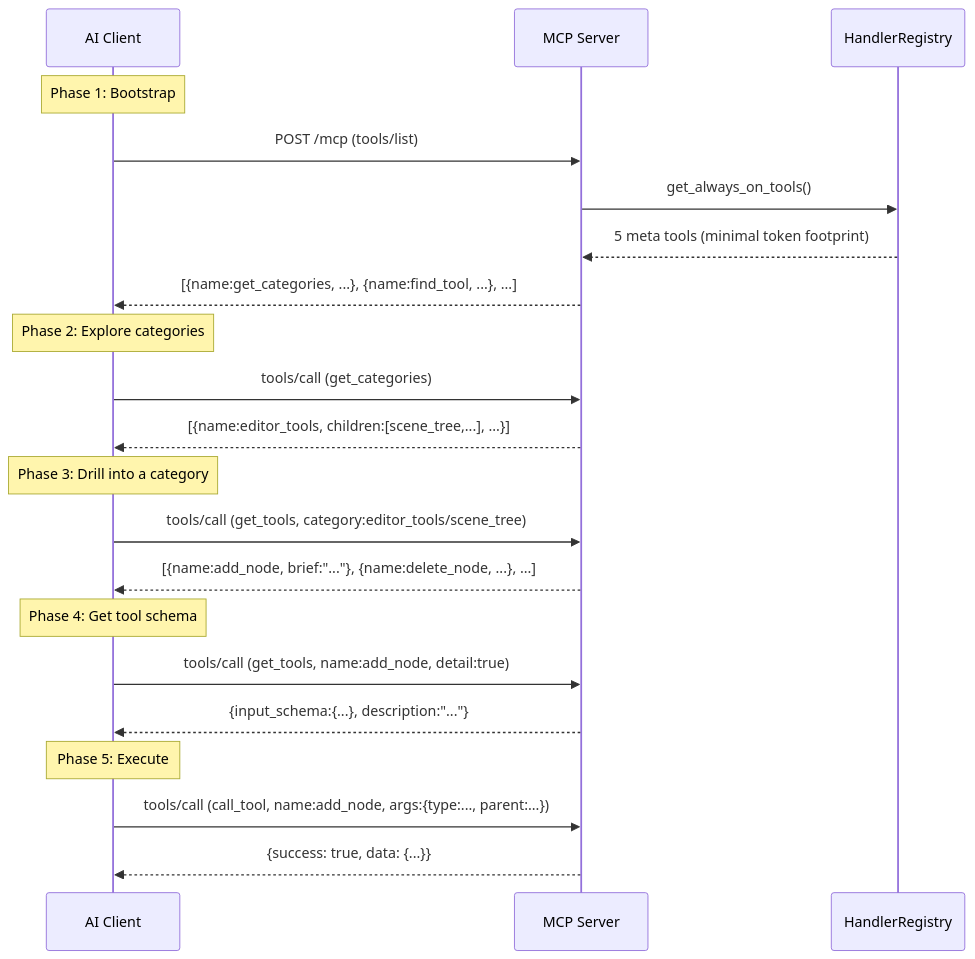
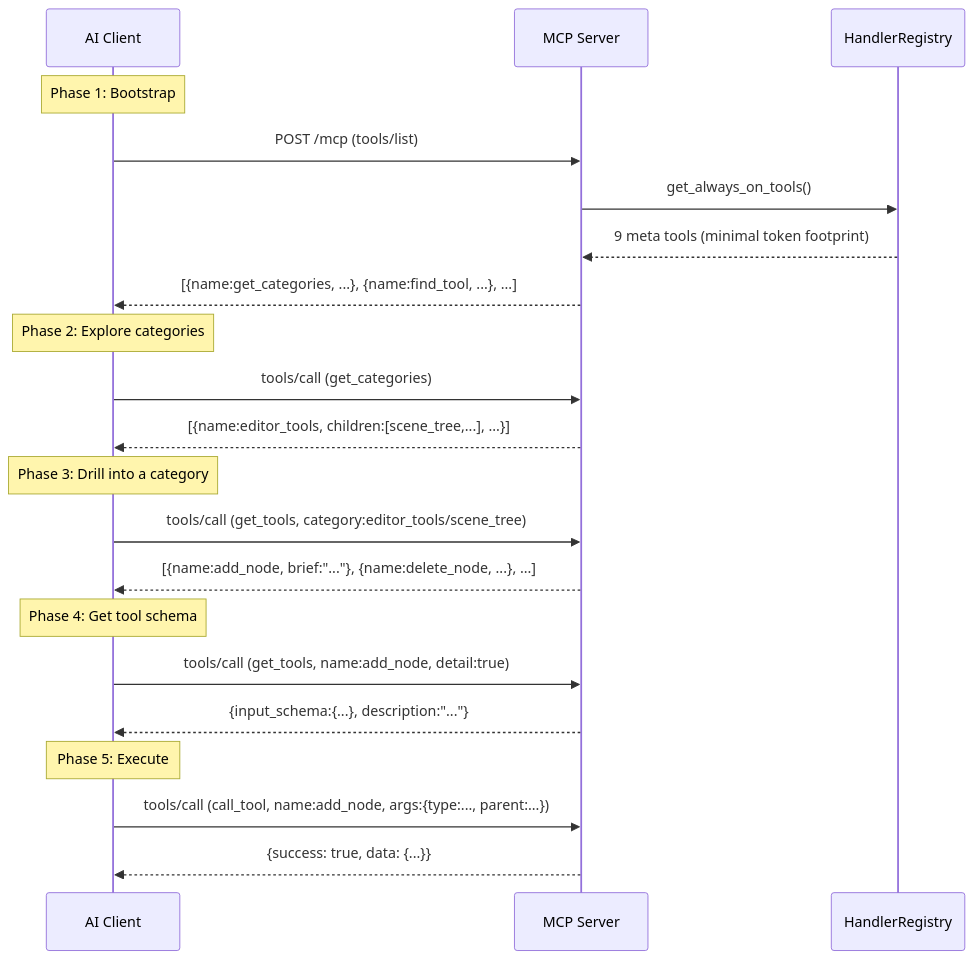
Before and after one commit to jesspig/GodotMCP-GDExtension: the second of 5 diagrams in .repo_wiki/concepts/tool-system-architecture.md, drawn with Mermaid. The commit also changed other lines of this file and 27 other files, not shown here.

````diff
--- a/.repo_wiki/concepts/tool-system-architecture.md
+++ b/.repo_wiki/concepts/tool-system-architecture.md
@@ -132,28 +132,28 @@
 ```mermaid
 sequenceDiagram
     participant C as AI Client
     participant S as MCP Server
     participant R as HandlerRegistry
 
     Note over C: Phase 1: Bootstrap
     C->>S: POST /mcp (tools/list)
     S->>R: get_always_on_tools()
-    R-->>S: 5 meta tools (minimal token footprint)
+    R-->>S: 9 meta tools (minimal token footprint)
     S-->>C: [{name:get_categories, ...}, {name:find_tool, ...}, ...]
 
     Note over C: Phase 2: Explore categories
     C->>S: tools/call (get_categories)
     S-->>C: [{name:editor_tools, children:[scene_tree,...], ...}]
 
     Note over C: Phase 3: Drill into a category
     C->>S: tools/call (get_tools, category:editor_tools/scene_tree)
     S-->>C: [{name:add_node, brief:"..."}, {name:delete_node, ...}, ...]
 
     Note over C: Phase 4: Get tool schema
     C->>S: tools/call (get_tools, name:add_node, detail:true)
     S-->>C: {input_schema:{...}, description:"..."}
 
     Note over C: Phase 5: Execute
     C->>S: tools/call (call_tool, name:add_node, args:{type:..., parent:...})
     S-->>C: {success: true, data: {...}}
 ```
````
